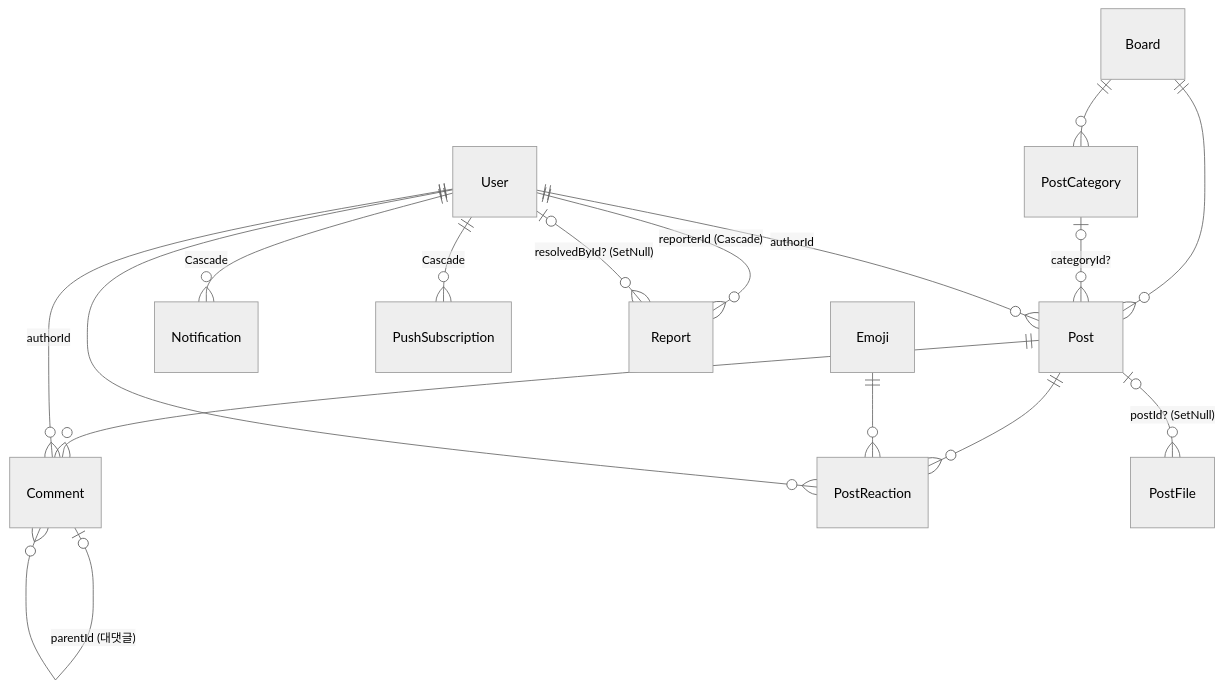
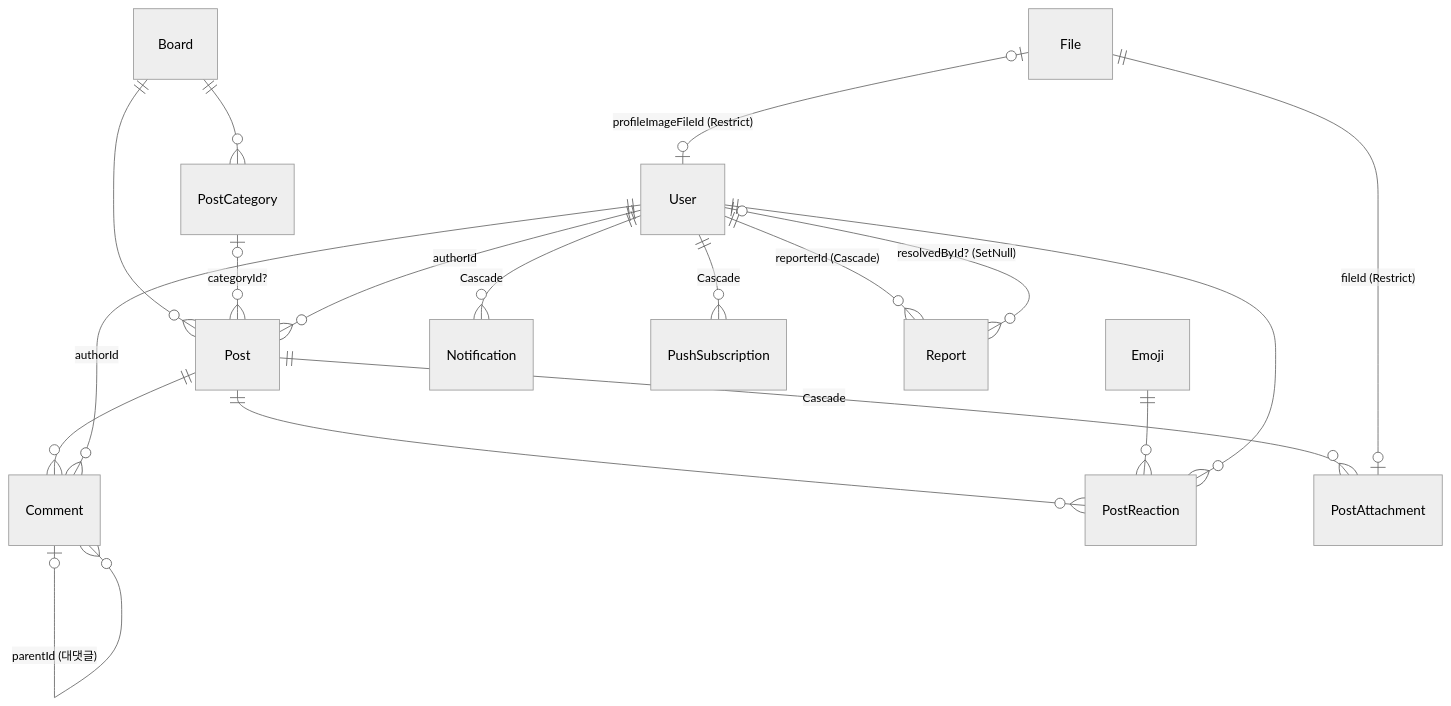
The second of 2 diagrams in docs/handbook/02-data-model.md (RLidea/weaver2), drawn with Mermaid (neutral theme) before and after one commit. The commit also changed other lines of this file and 5 other files, not shown here.

````diff
--- a/docs/handbook/02-data-model.md
+++ b/docs/handbook/02-data-model.md
@@ -112,18 +113,20 @@
 ```mermaid
 erDiagram
     Board ||--o{ Post : ""
     Board ||--o{ PostCategory : ""
     PostCategory |o--o{ Post : "categoryId?"
     User ||--o{ Post : "authorId"
     Post ||--o{ Comment : ""
     User ||--o{ Comment : "authorId"
     Comment |o--o{ Comment : "parentId (대댓글)"
     Post ||--o{ PostReaction : ""
     Emoji ||--o{ PostReaction : ""
     User ||--o{ PostReaction : ""
-    Post |o--o{ PostFile : "postId? (SetNull)"
+    Post ||--o{ PostAttachment : "Cascade"
+    File ||--o| PostAttachment : "fileId (Restrict)"
+    File |o--o| User : "profileImageFileId (Restrict)"
     User ||--o{ Notification : "Cascade"
     User ||--o{ PushSubscription : "Cascade"
     User ||--o{ Report : "reporterId (Cascade)"
     User |o--o{ Report : "resolvedById? (SetNull)"
 ```
````
